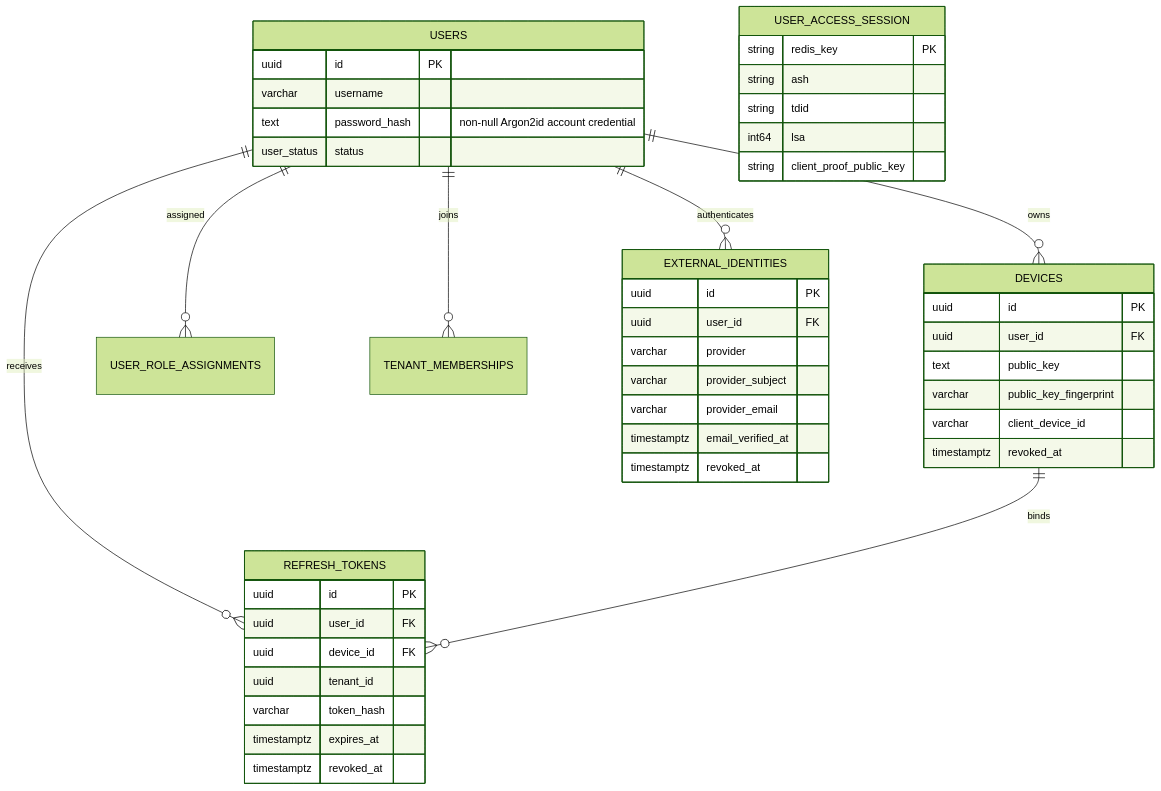
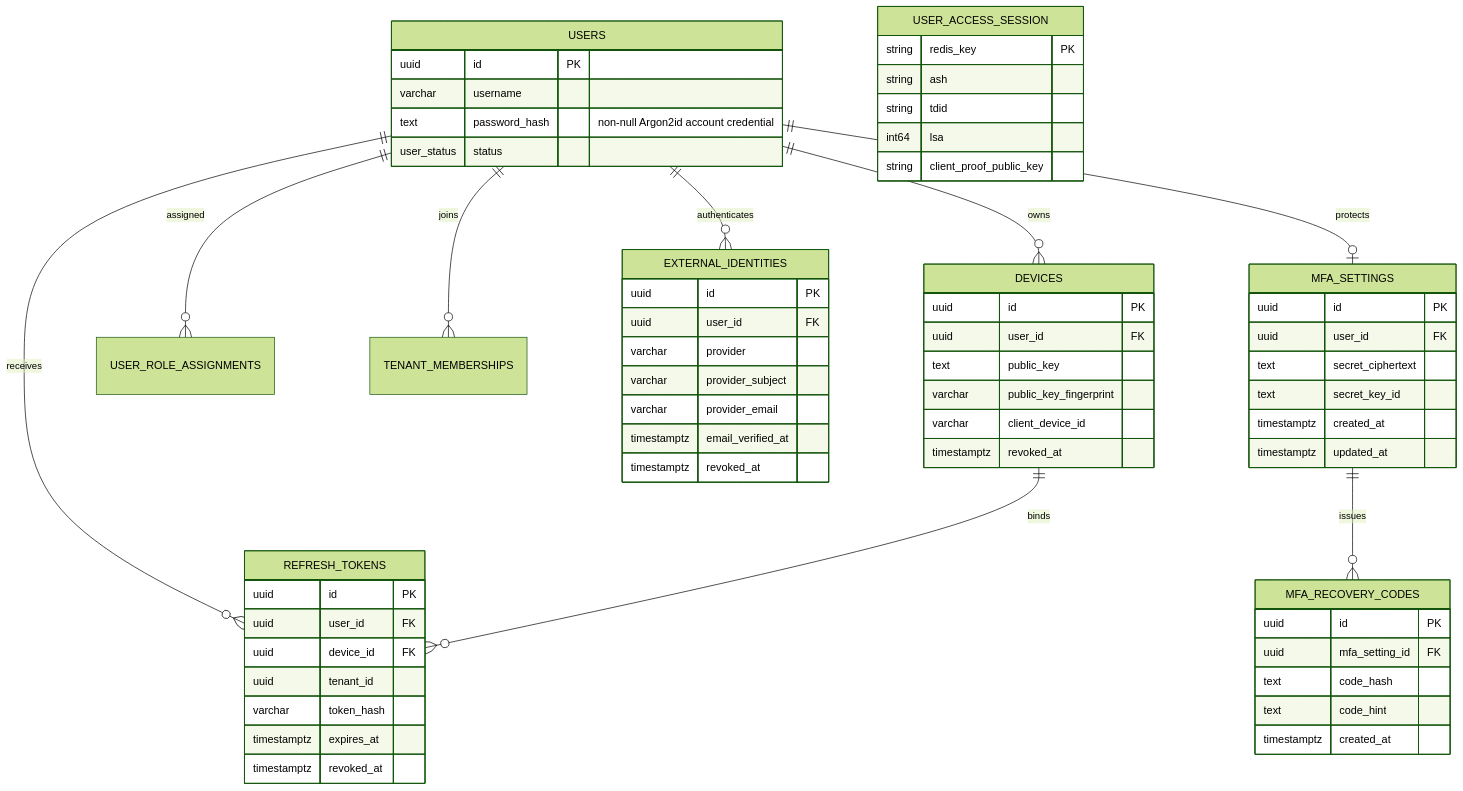
One commit to phucle996/aurora changed the fourth of 4 diagrams in god_view/iam/user_login_god_view_workflow.md. Above: the diagram before and after it, drawn with Mermaid (forest theme). The commit also changed other lines of this file and 28 other files, not shown here.

Commit message:
feat: implement multi-factor authentication (MFA) workflow for user login and device registration

````diff
--- a/god_view/iam/user_login_god_view_workflow.md
+++ b/god_view/iam/user_login_god_view_workflow.md
@@ -398,49 +477,66 @@
 ```mermaid
 erDiagram
     USERS ||--o{ DEVICES : owns
     USERS ||--o{ REFRESH_TOKENS : receives
     DEVICES ||--o{ REFRESH_TOKENS : binds
     USERS ||--o{ USER_ROLE_ASSIGNMENTS : assigned
     USERS ||--o{ TENANT_MEMBERSHIPS : joins
     USERS ||--o{ EXTERNAL_IDENTITIES : authenticates
+    USERS ||--o| MFA_SETTINGS : protects
+    MFA_SETTINGS ||--o{ MFA_RECOVERY_CODES : issues
 
     USERS {
       uuid id PK
       varchar username
       text password_hash "non-null Argon2id account credential"
       user_status status
     }
     EXTERNAL_IDENTITIES {
       uuid id PK
       uuid user_id FK
       varchar provider
       varchar provider_subject
       varchar provider_email
       timestamptz email_verified_at
       timestamptz revoked_at
     }
     DEVICES {
       uuid id PK
       uuid user_id FK
       text public_key
       varchar public_key_fingerprint
       varchar client_device_id
       timestamptz revoked_at
     }
     REFRESH_TOKENS {
       uuid id PK
       uuid user_id FK
       uuid device_id FK
       uuid tenant_id
       varchar token_hash
       timestamptz expires_at
       timestamptz revoked_at
     }
+    MFA_SETTINGS {
+      uuid id PK
+      uuid user_id FK
+      text secret_ciphertext
+      text secret_key_id
+      timestamptz created_at
+      timestamptz updated_at
+    }
+    MFA_RECOVERY_CODES {
+      uuid id PK
+      uuid mfa_setting_id FK
+      text code_hash
+      text code_hint
+      timestamptz created_at
+    }
     USER_ACCESS_SESSION {
       string redis_key PK
       string ash
       string tdid
       int64 lsa
       string client_proof_public_key
     }
 ```
````
